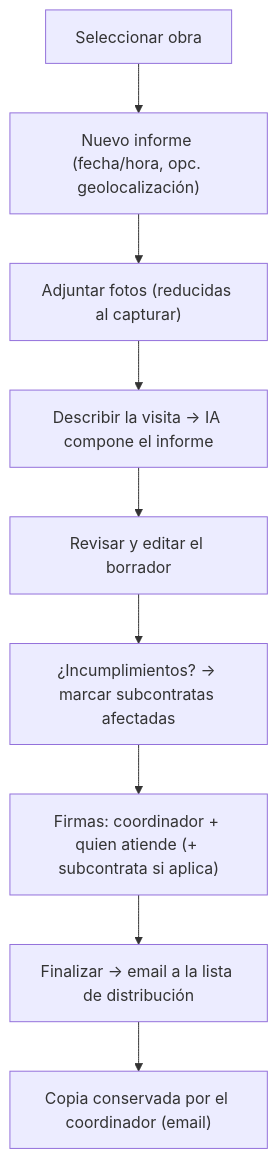
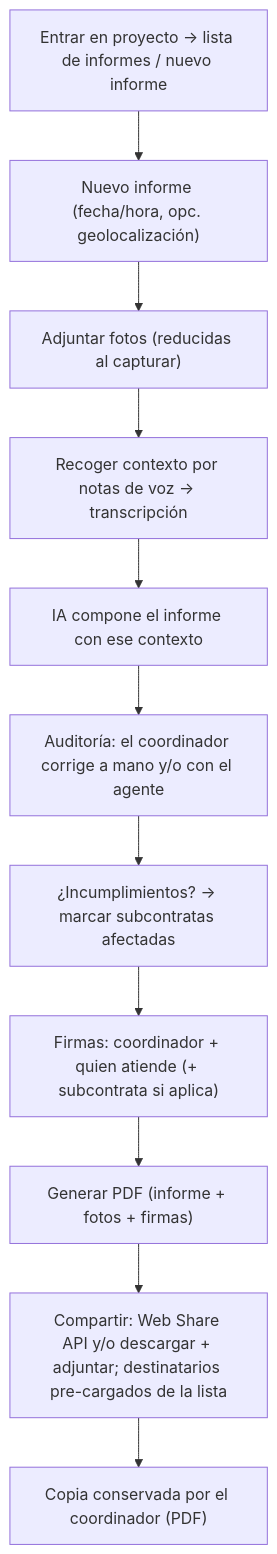
The third of 3 diagrams in docs/flows.md (andresefr24/security-report-app), drawn with Mermaid before and after one commit. The commit also changed other lines of this file and 6 other files, not shown here.

First line of the commit message:
Formalize F1 architecture, domain model, and core flows

````diff
--- a/docs/flows.md
+++ b/docs/flows.md
@@ -34,11 +44,13 @@
 ```mermaid
 flowchart TD
-    A["Seleccionar obra"] --> B["Nuevo informe (fecha/hora, opc. geolocalización)"]
+    A["Entrar en proyecto → lista de informes / nuevo informe"] --> B["Nuevo informe (fecha/hora, opc. geolocalización)"]
     B --> C["Adjuntar fotos (reducidas al capturar)"]
-    C --> D["Describir la visita → IA compone el informe"]
-    D --> E["Revisar y editar el borrador"]
-    E --> F["¿Incumplimientos? → marcar subcontratas afectadas"]
-    F --> G["Firmas: coordinador + quien atiende (+ subcontrata si aplica)"]
-    G --> H["Finalizar → email a la lista de distribución"]
-    H --> I["Copia conservada por el coordinador (email)"]
+    C --> D["Recoger contexto por notas de voz → transcripción"]
+    D --> E["IA compone el informe con ese contexto"]
+    E --> F["Auditoría: el coordinador corrige a mano y/o con el agente"]
+    F --> G["¿Incumplimientos? → marcar subcontratas afectadas"]
+    G --> H["Firmas: coordinador + quien atiende (+ subcontrata si aplica)"]
+    H --> I["Generar PDF (informe + fotos + firmas)"]
+    I --> J["Compartir: Web Share API y/o descargar + adjuntar; destinatarios pre-cargados de la lista"]
+    J --> K["Copia conservada por el coordinador (PDF)"]
 ```
````
